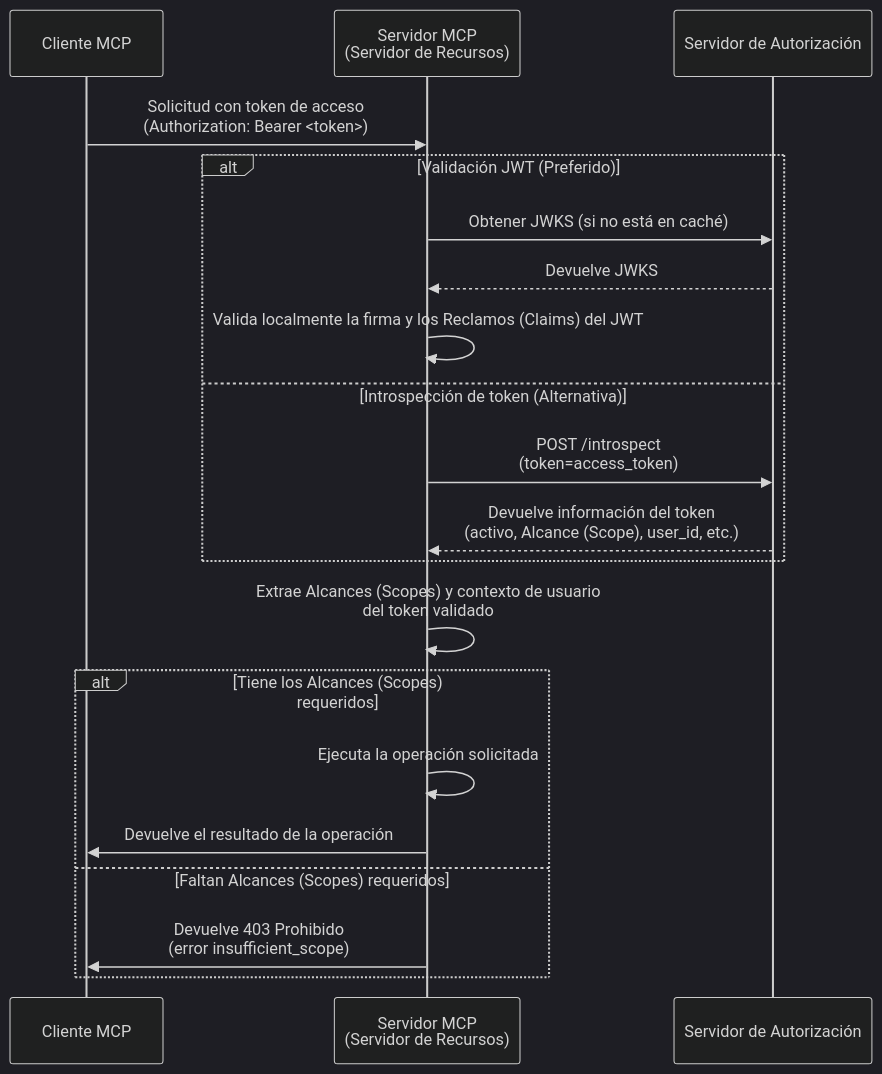
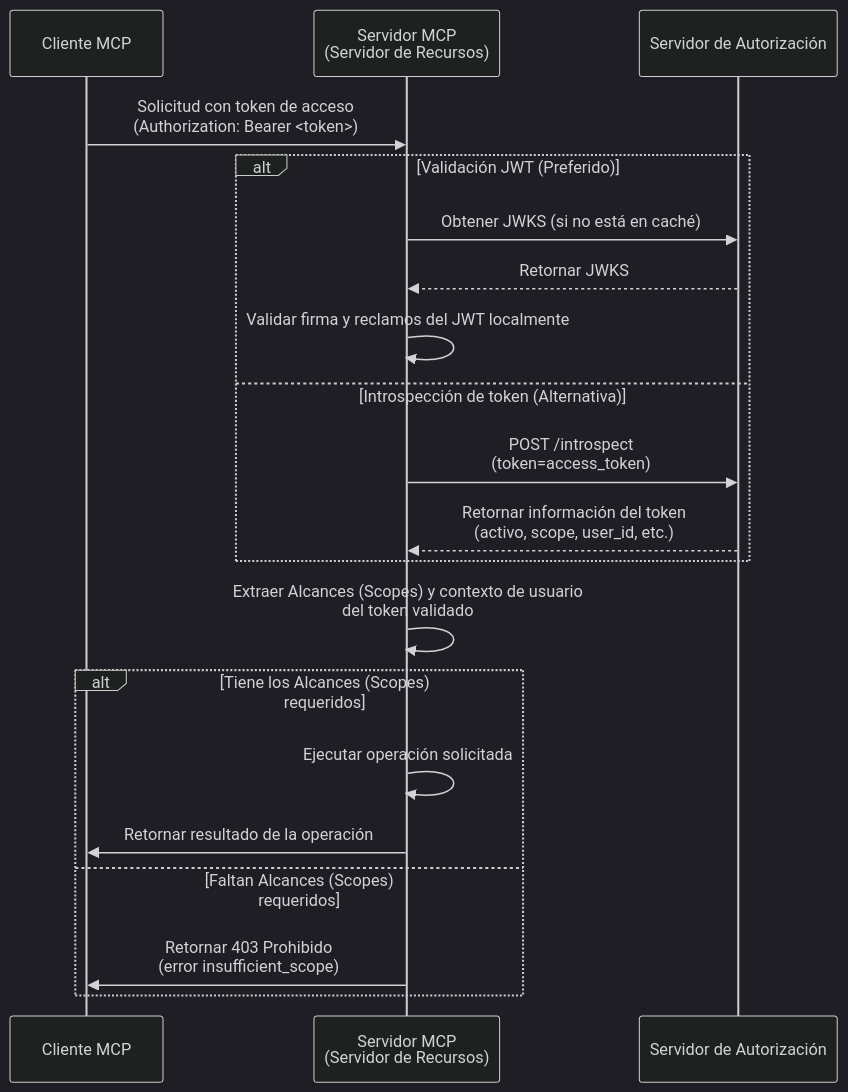
Before and after one commit to mcp-auth/docs: the second of 2 diagrams in i18n/es/docusaurus-plugin-content-docs/current/tutorials/todo-manager/README.mdx, drawn with Mermaid (dark theme). The commit also changed other lines of this file and 53 other files, not shown here.

````diff
--- a/i18n/es/docusaurus-plugin-content-docs/current/tutorials/todo-manager/README.mdx
+++ b/i18n/es/docusaurus-plugin-content-docs/current/tutorials/todo-manager/README.mdx
@@ -132,26 +135,26 @@
 ```mermaid
 sequenceDiagram
     participant Client as Cliente MCP
     participant Server as Servidor MCP<br/>(Servidor de Recursos)
     participant Auth as Servidor de Autorización
 
     Client->>Server: Solicitud con token de acceso<br/>(Authorization: Bearer <token>)
 
     alt Validación JWT (Preferido)
         Server->>Auth: Obtener JWKS (si no está en caché)
-        Auth-->>Server: Devuelve JWKS
-        Server->>Server: Valida localmente la firma y los Reclamos (Claims) del JWT
+        Auth-->>Server: Retornar JWKS
+        Server->>Server: Validar firma y reclamos del JWT localmente
     else Introspección de token (Alternativa)
         Server->>Auth: POST /introspect<br/>(token=access_token)
-        Auth-->>Server: Devuelve información del token<br/>(activo, Alcance (Scope), user_id, etc.)
+        Auth-->>Server: Retornar información del token<br/>(activo, scope, user_id, etc.)
     end
 
-    Server->>Server: Extrae Alcances (Scopes) y contexto de usuario<br/>del token validado
+    Server->>Server: Extraer Alcances (Scopes) y contexto de usuario<br/>del token validado
 
     alt Tiene los Alcances (Scopes) requeridos
-        Server->>Server: Ejecuta la operación solicitada
-        Server->>Client: Devuelve el resultado de la operación
+        Server->>Server: Ejecutar operación solicitada
+        Server->>Client: Retornar resultado de la operación
     else Faltan Alcances (Scopes) requeridos
-        Server->>Client: Devuelve 403 Prohibido<br/>(error insufficient_scope)
+        Server->>Client: Retornar 403 Prohibido<br/>(error insufficient_scope)
     end
 ```
````
